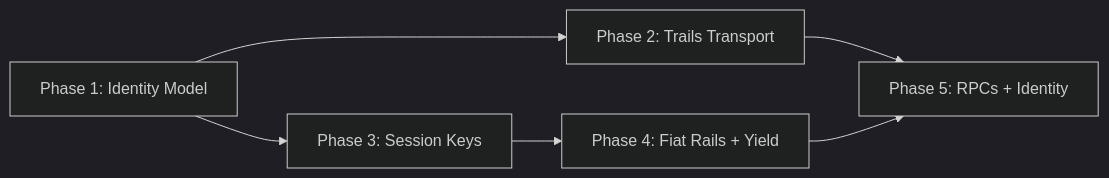
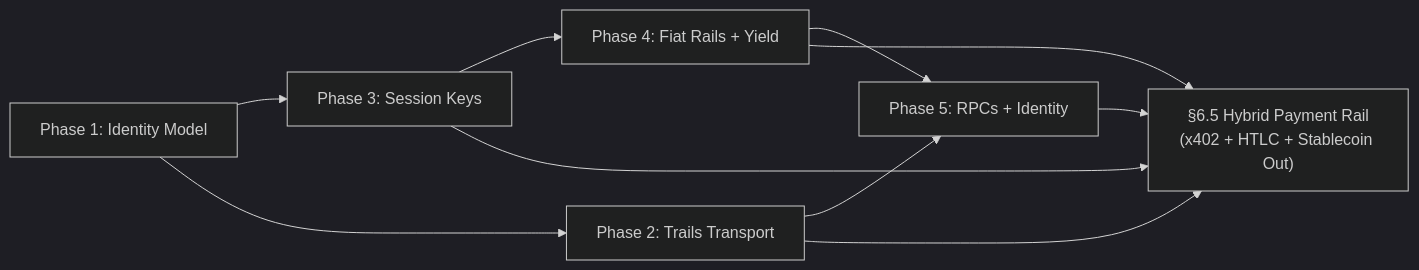
Before and after one commit to GodOfAgents/VAMS: the diagram in docs/team/ARCHITECTURE_v0-6-0.md, drawn with Mermaid (dark theme). The commit also changed other lines of this file and 37 other files, not shown here.

````diff
--- a/docs/team/ARCHITECTURE_v0-6-0.md
+++ b/docs/team/ARCHITECTURE_v0-6-0.md
@@ -339,8 +451,12 @@
 ```mermaid
 graph LR
     P1[Phase 1: Identity Model] --> P3[Phase 3: Session Keys]
     P1 --> P2[Phase 2: Trails Transport]
     P2 --> P5[Phase 5: RPCs + Identity]
     P3 --> P4[Phase 4: Fiat Rails + Yield]
     P4 --> P5
+    P3 --> PR["§6.5 Hybrid Payment Rail\n(x402 + HTLC + Stablecoin Out)"]
+    P4 --> PR
+    P2 --> PR
+    P5 --> PR
 ```
````
